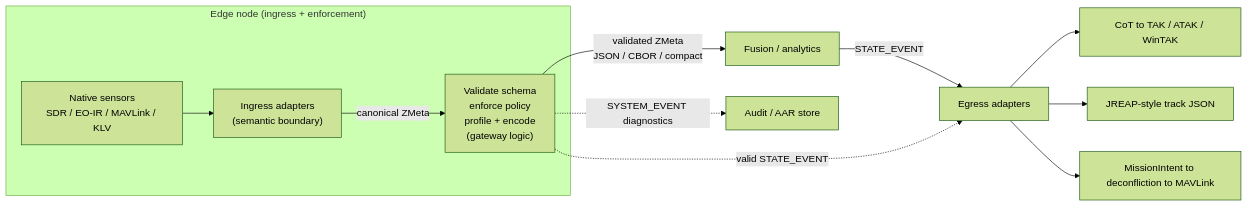
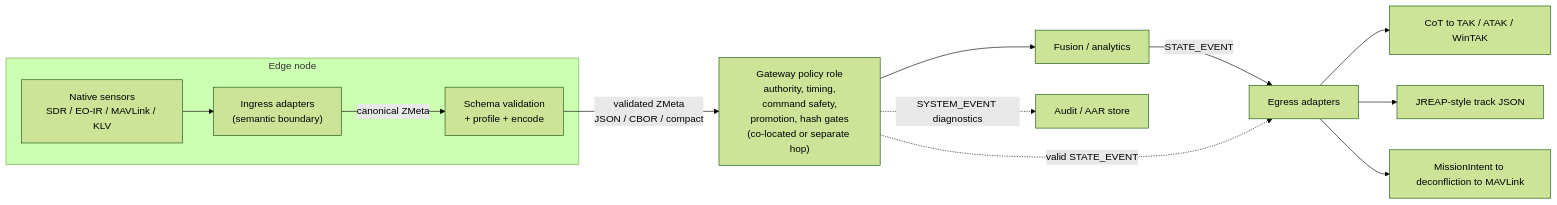
The third of 5 diagrams in docs/zmeta_professional_overview.md (JTC-byte/zmeta-spec), drawn with Mermaid (forest theme) before and after one commit. The commit also changed other lines of this file, not shown here.

First line of the commit message:
Tighten overview gateway and retasking semantics

````diff
--- a/docs/zmeta_professional_overview.md
+++ b/docs/zmeta_professional_overview.md
@@ -342,17 +345,18 @@
 ```mermaid
 flowchart LR
-  subgraph edgeNode ["Edge node (ingress + enforcement)"]
+  subgraph edgeNode ["Edge node"]
     Sensors["Native sensors<br/>SDR / EO-IR / MAVLink / KLV"]
     Ingress["Ingress adapters<br/>(semantic boundary)"]
-    GW["Validate schema<br/>enforce policy<br/>profile + encode<br/>(gateway logic)"]
+    Val["Schema validation<br/>+ profile + encode"]
     Sensors --> Ingress
-    Ingress -->|"canonical ZMeta"| GW
+    Ingress -->|"canonical ZMeta"| Val
   end
-  GW -->|"validated ZMeta<br/>JSON / CBOR / compact"| Fusion["Fusion / analytics"]
+  Val -->|"validated ZMeta<br/>JSON / CBOR / compact"| Policy["Gateway policy role<br/>authority, timing,<br/>command safety,<br/>promotion, hash gates<br/>(co-located or separate hop)"]
+  Policy --> Fusion["Fusion / analytics"]
   Fusion -->|"STATE_EVENT"| Egress["Egress adapters"]
-  GW -.->|"valid STATE_EVENT"| Egress
+  Policy -.->|"valid STATE_EVENT"| Egress
   Egress --> CoT["CoT to TAK / ATAK / WinTAK"]
   Egress --> JREAP["JREAP-style track JSON"]
   Egress --> MI["MissionIntent to deconfliction to MAVLink"]
-  GW -.->|"SYSTEM_EVENT diagnostics"| AAR["Audit / AAR store"]
+  Policy -.->|"SYSTEM_EVENT diagnostics"| AAR["Audit / AAR store"]
 ```
````
